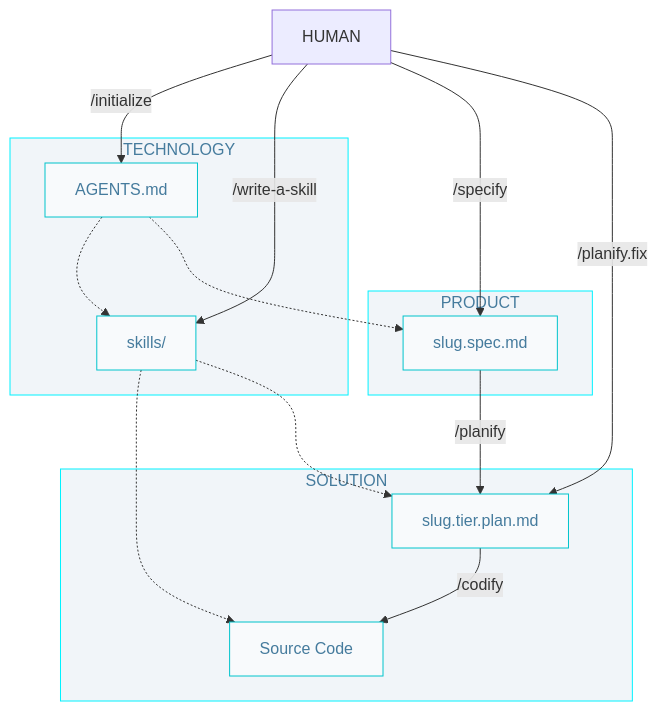
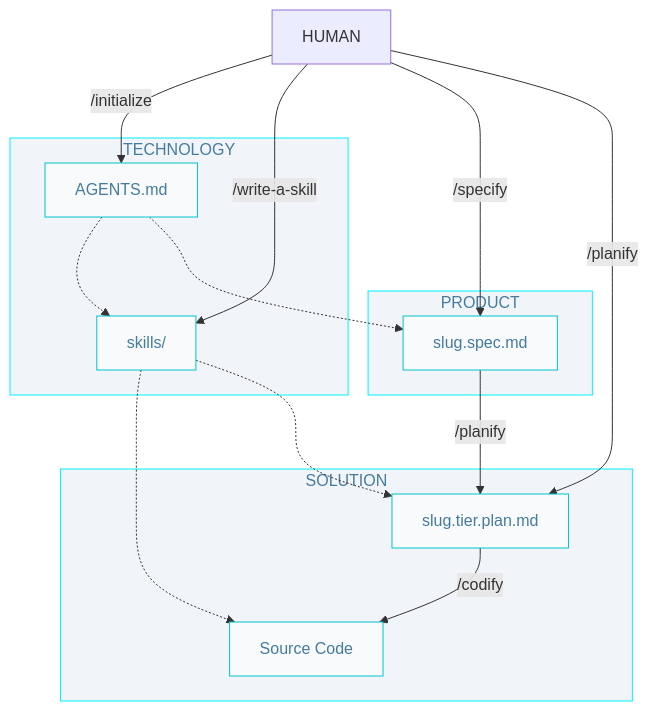
One commit to AlbertoBasaloLabs/programacion-inteligente changed the diagram in docs/3-0-0-especificaciones_y_planes/demo/3-sdd-diagram.md. Above: the diagram before and after it, drawn with Mermaid. The commit also changed 52 other files, not shown here.

````diff
--- a/docs/3-0-0-especificaciones_y_planes/demo/3-sdd-diagram.md
+++ b/docs/3-0-0-especificaciones_y_planes/demo/3-sdd-diagram.md
@@ -3,34 +3,34 @@
 ```mermaid
 flowchart TD
   classDef nd fill:#f8fafc,stroke:#00c4cc,color:#457b9d
   classDef sg fill:#f1f5f9,stroke:#00f2ff,color:#457b9d 
 
   HUM[HUMAN]
 
   subgraph P["PRODUCT"]
       SPC["slug.spec.md"]:::nd
   end
 
   subgraph T["TECHNOLOGY"]
       AGT["AGENTS.md"]:::nd
       SKL["skills/"]:::nd
   end  
 
   subgraph S["SOLUTION"]
       PLN["slug.tier.plan.md"]:::nd
       COD[Source Code]:::nd
   end
 
   HUM -->|/initialize| AGT
   HUM -->|/write-a-skill| SKL
   HUM -->|/specify| SPC
-  HUM -->|/planify.fix| PLN
+  HUM -->|/planify| PLN
   AGT -.-> SKL
   AGT -.-> SPC
   SKL -.-> COD  
   SKL -.-> PLN
   SPC -->|/planify| PLN
   PLN -->|/codify| COD
 
   class P,T,S sg
 ```
````
